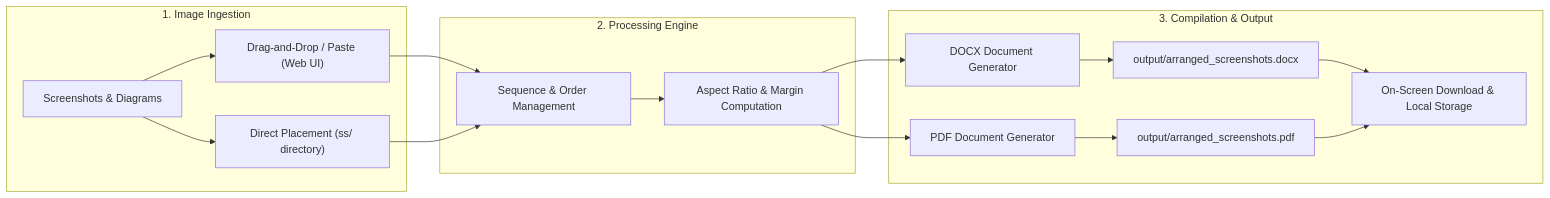
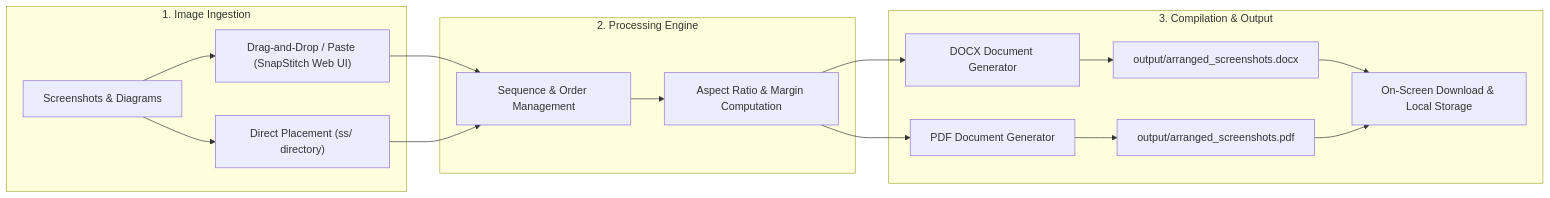
Before and after one commit to prathameshmore07/SnapStitch: the diagram in README.md, drawn with Mermaid. The commit also changed other lines of this file and 1 other file, not shown here.

Commit message:
Brand project as SnapStitch with author attribution and clean document output

````diff
--- a/README.md
+++ b/README.md
@@ -31,22 +33,22 @@
 ```mermaid
 flowchart LR
     subgraph Ingestion["1. Image Ingestion"]
-        A["Screenshots & Diagrams"] --> B["Drag-and-Drop / Paste (Web UI)"]
+        A["Screenshots & Diagrams"] --> B["Drag-and-Drop / Paste (SnapStitch Web UI)"]
         A --> C["Direct Placement (ss/ directory)"]
     end
 
     subgraph Processing["2. Processing Engine"]
         B --> D["Sequence & Order Management"]
         C --> D
         D --> E["Aspect Ratio & Margin Computation"]
     end
 
     subgraph Generation["3. Compilation & Output"]
         E --> F["DOCX Document Generator"]
         E --> G["PDF Document Generator"]
         F --> H["output/arranged_screenshots.docx"]
         G --> I["output/arranged_screenshots.pdf"]
         H --> J["On-Screen Download & Local Storage"]
         I --> J
     end
 ```
````
